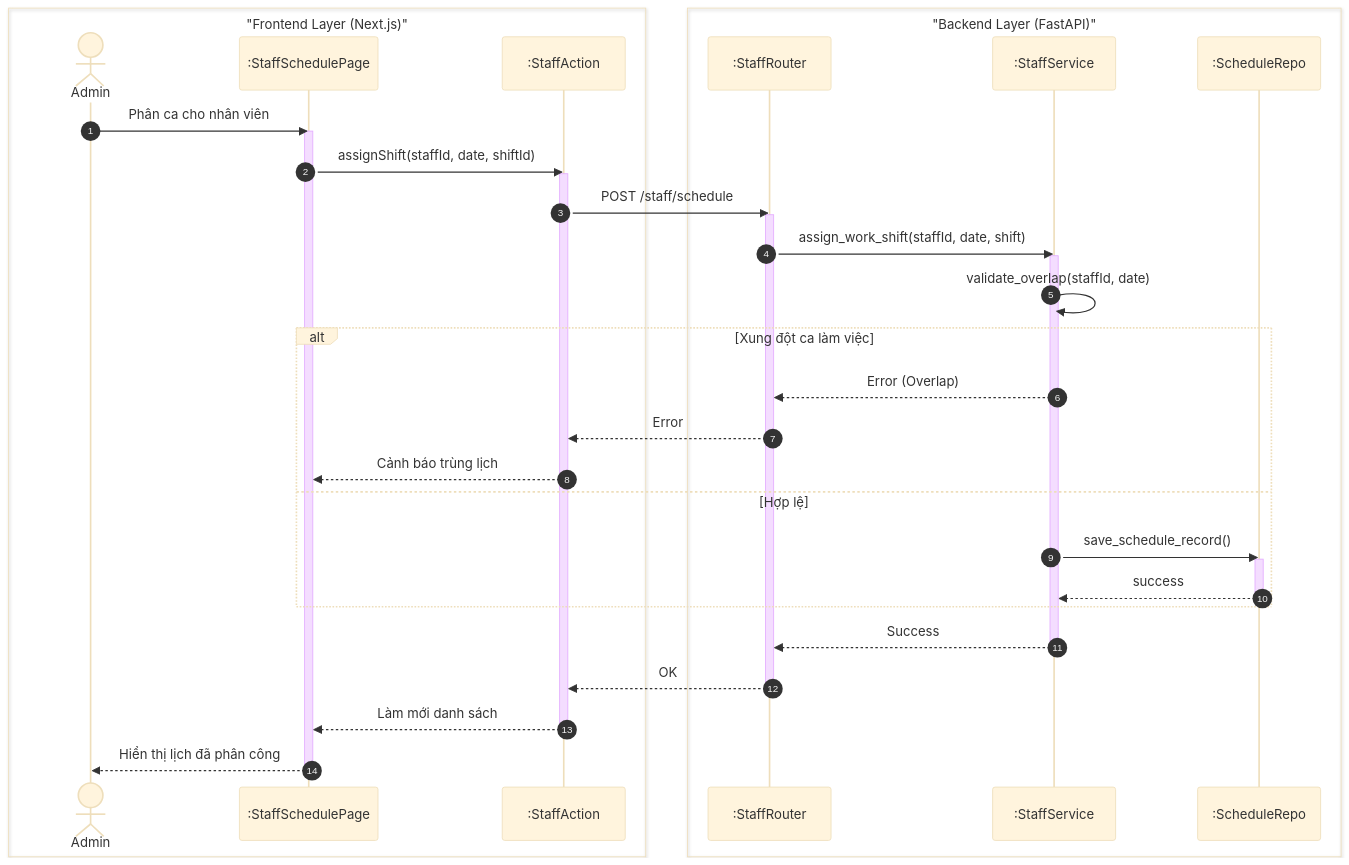
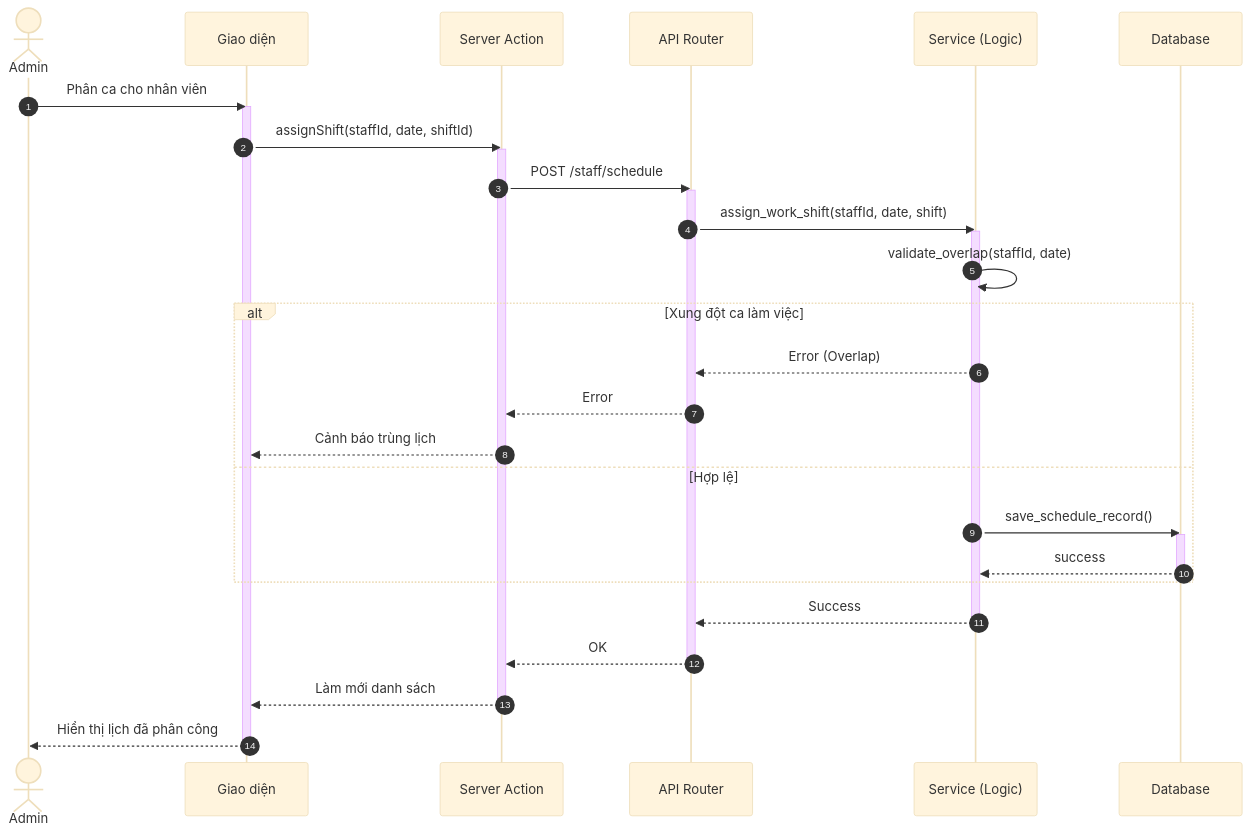
The third of 4 diagrams in docs/design/sequences/admin_flows.md (ngoctinn/Synapse), drawn with Mermaid (base theme) before and after one commit. The commit also changed other lines of this file and 4 other files, not shown here.

Commit message:
docs: Add initial sequence diagrams for admin, authentication, customer, receptionist, and technician flows.

````diff
--- a/docs/design/sequences/admin_flows.md
+++ b/docs/design/sequences/admin_flows.md
@@ -122,51 +112,46 @@
 ```mermaid
 sequenceDiagram
     autonumber
-    box "Frontend Layer (Next.js)"
-        actor AD as Admin
-        participant UI as :StaffSchedulePage
-        participant BFF as :StaffAction
-    end
-
-    box "Backend Layer (FastAPI)"
-        participant API as :StaffRouter
-        participant S as :StaffService
-        participant DB as :ScheduleRepo
-    end
+    actor AD as Admin
+    participant UI as Giao diện
+    participant BFF as Server Action
+    participant API as API Router
+    participant S as Service (Logic)
+    participant DB as Database
 
     AD->>UI: Phân ca cho nhân viên
     activate UI
     UI->>BFF: assignShift(staffId, date, shiftId)
     activate BFF
 
     BFF->>API: POST /staff/schedule
     activate API
 
     API->>S: assign_work_shift(staffId, date, shift)
     activate S
 
     S->>S: validate_overlap(staffId, date)
 
     alt Xung đột ca làm việc
         S-->>API: Error (Overlap)
         API-->>BFF: Error
         BFF-->>UI: Cảnh báo trùng lịch
     else Hợp lệ
         S->>DB: save_schedule_record()
         activate DB
         DB-->>S: success
         deactivate DB
     end
 
     S-->>API: Success
     deactivate S
 
     API-->>BFF: OK
     deactivate API
 
     BFF-->>UI: Làm mới danh sách
     deactivate BFF
 
     UI-->>AD: Hiển thị lịch đã phân công
     deactivate UI
 ```
````
